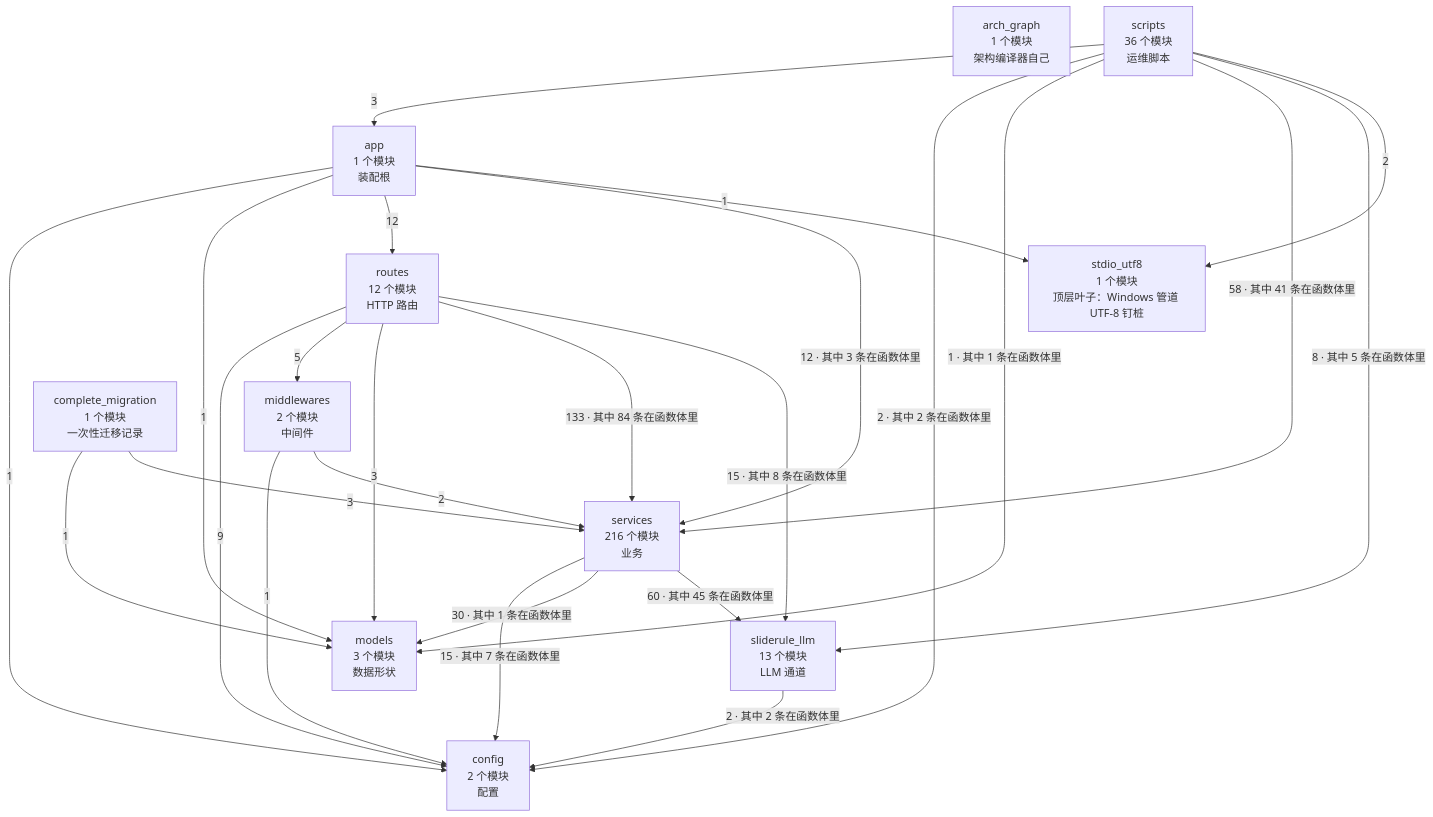
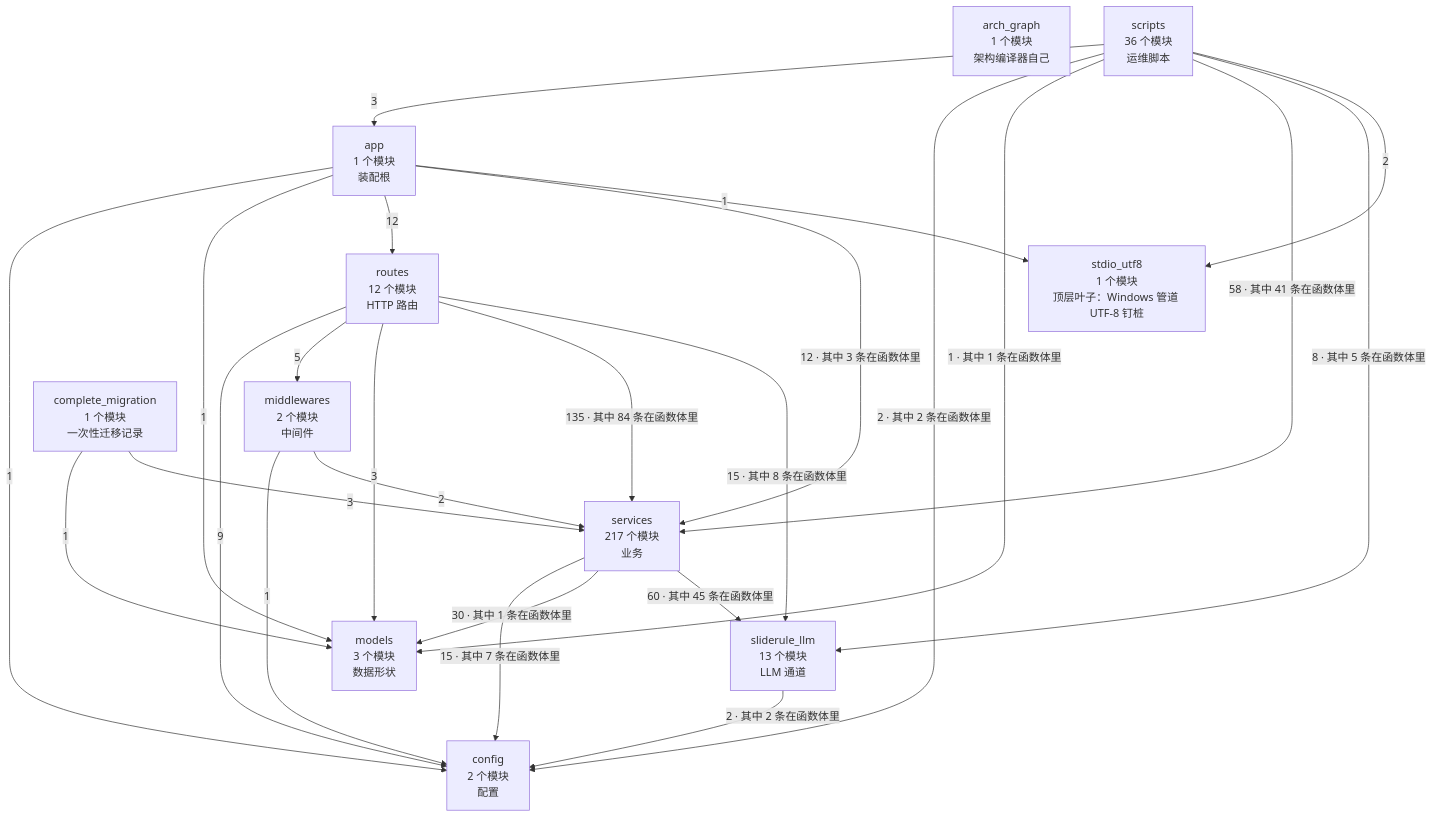
The second of 4 diagrams in docs/SlideRule V6.2 架构图（自动生成）.md (2686521696/WhyBuddy), drawn with Mermaid before and after one commit. The commit also changed other lines of this file and 7 other files, not shown here.

````diff
--- a/docs/SlideRule V6.2 架构图（自动生成）.md
+++ b/docs/SlideRule V6.2 架构图（自动生成）.md
@@ -60,38 +60,38 @@
 ```mermaid
 flowchart TB
   arch_graph["arch_graph<br/>1 个模块<br/>架构编译器自己"]
   config["config<br/>2 个模块<br/>配置"]
   models["models<br/>3 个模块<br/>数据形状"]
   stdio_utf8["stdio_utf8<br/>1 个模块<br/>顶层叶子：Windows 管道 UTF-8 钉桩"]
   sliderule_llm["sliderule_llm<br/>13 个模块<br/>LLM 通道"]
   middlewares["middlewares<br/>2 个模块<br/>中间件"]
-  services["services<br/>216 个模块<br/>业务"]
+  services["services<br/>217 个模块<br/>业务"]
   routes["routes<br/>12 个模块<br/>HTTP 路由"]
   app["app<br/>1 个模块<br/>装配根"]
   complete_migration["complete_migration<br/>1 个模块<br/>一次性迁移记录"]
   scripts["scripts<br/>36 个模块<br/>运维脚本"]
   app -->|1| config
   app -->|1| models
   app -->|12| routes
   app -->|12 · 其中 3 条在函数体里| services
   app -->|1| stdio_utf8
   complete_migration -->|1| models
   complete_migration -->|3| services
   middlewares -->|1| config
   middlewares -->|2| services
   routes -->|9| config
   routes -->|5| middlewares
   routes -->|3| models
-  routes -->|133 · 其中 84 条在函数体里| services
+  routes -->|135 · 其中 84 条在函数体里| services
   routes -->|15 · 其中 8 条在函数体里| sliderule_llm
   scripts -->|3| app
   scripts -->|2 · 其中 2 条在函数体里| config
   scripts -->|1 · 其中 1 条在函数体里| models
   scripts -->|58 · 其中 41 条在函数体里| services
   scripts -->|8 · 其中 5 条在函数体里| sliderule_llm
   scripts -->|2| stdio_utf8
   services -->|15 · 其中 7 条在函数体里| config
   services -->|30 · 其中 1 条在函数体里| models
   services -->|60 · 其中 45 条在函数体里| sliderule_llm
   sliderule_llm -->|2 · 其中 2 条在函数体里| config
 ```
````
